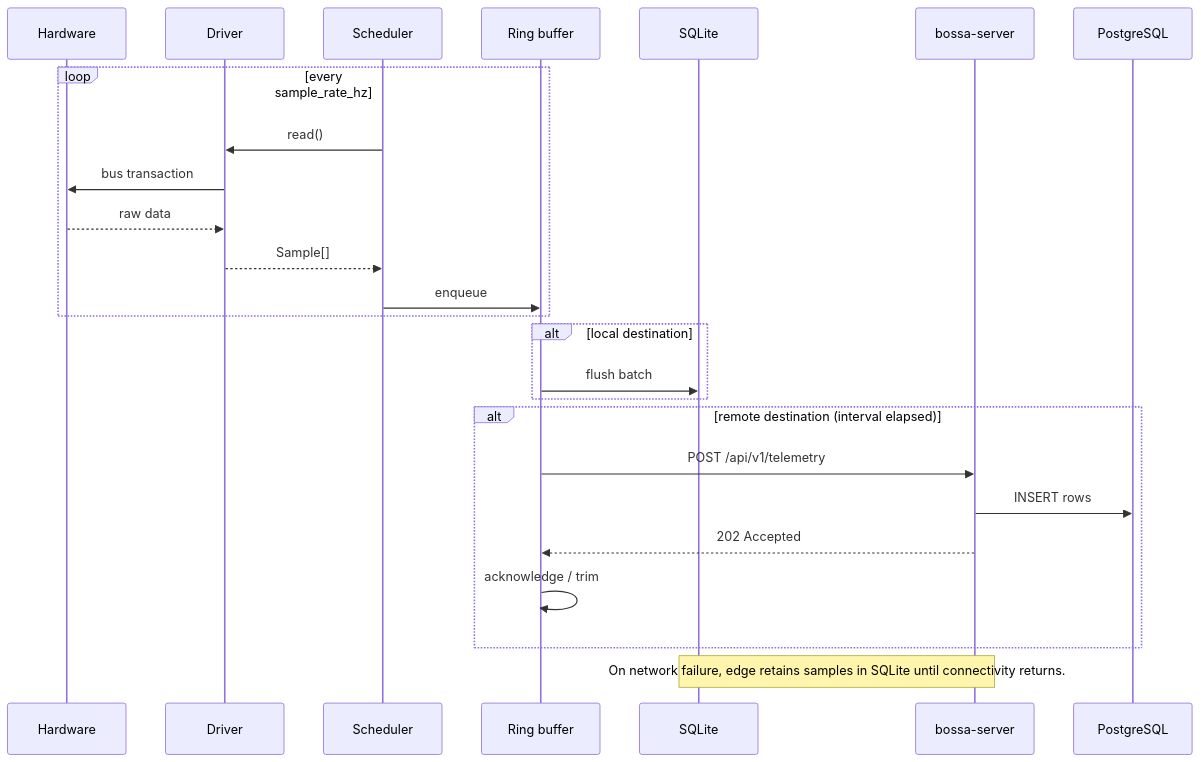
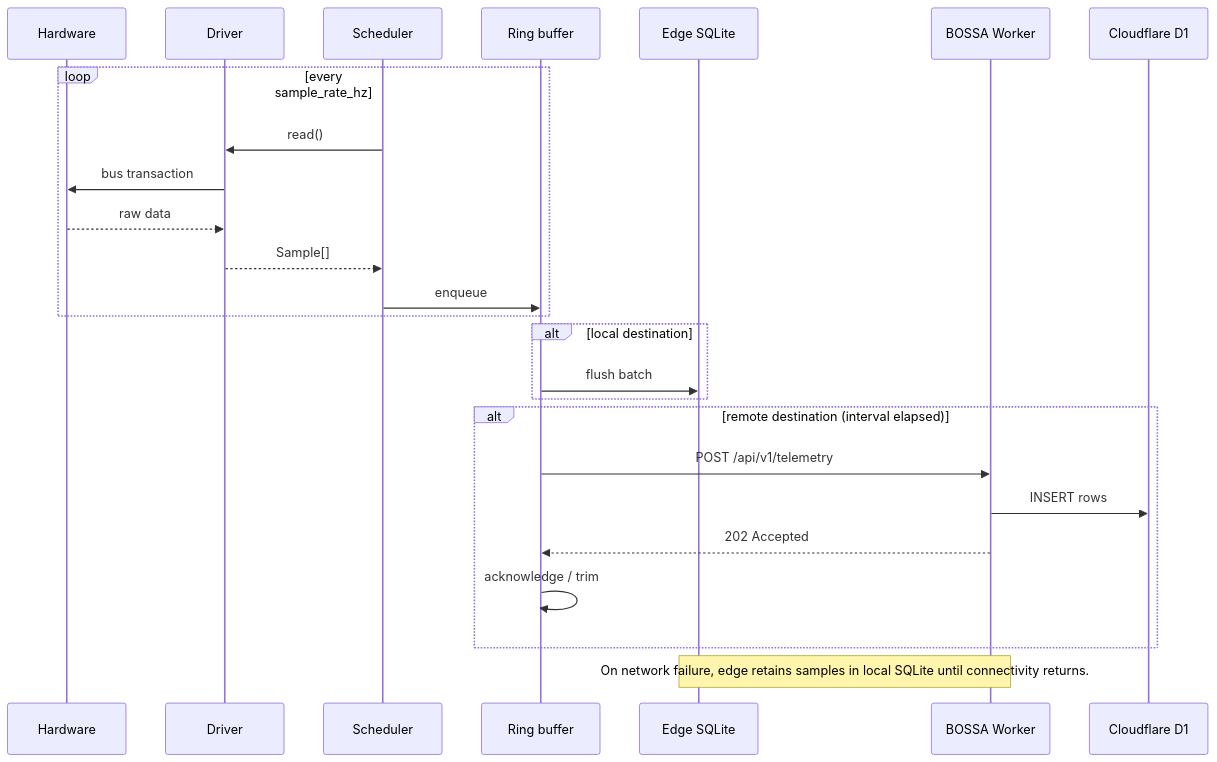
Before and after one commit to alexandrelheinen/bossa: the diagram in README.md, drawn with Mermaid. The commit also changed other lines of this file and 9 other files, not shown here.

First line of the commit message:
docs: standardize on SQLite edge + D1; remove other SQL engines

````diff
--- a/README.md
+++ b/README.md
@@ -187,31 +188,31 @@
 ```mermaid
 sequenceDiagram
     participant HW as Hardware
     participant DR as Driver
     participant SC as Scheduler
     participant BUF as Ring buffer
-    participant LS as SQLite
-    participant SV as bossa-server
-    participant PG as PostgreSQL
+    participant LS as Edge SQLite
+    participant WK as BOSSA Worker
+    participant D1 as Cloudflare D1
 
     loop every sample_rate_hz
         SC->>DR: read()
         DR->>HW: bus transaction
         HW-->>DR: raw data
         DR-->>SC: Sample[]
         SC->>BUF: enqueue
     end
 
     alt local destination
         BUF->>LS: flush batch
     end
 
     alt remote destination (interval elapsed)
-        BUF->>SV: POST /api/v1/telemetry
-        SV->>PG: INSERT rows
-        SV-->>BUF: 202 Accepted
+        BUF->>WK: POST /api/v1/telemetry
+        WK->>D1: INSERT rows
+        WK-->>BUF: 202 Accepted
         BUF->>BUF: acknowledge / trim
     end
 
-    Note over LS,SV: On network failure, edge retains samples in SQLite until connectivity returns.
+    Note over LS,WK: On network failure, edge retains samples in local SQLite until connectivity returns.
 ```
````
